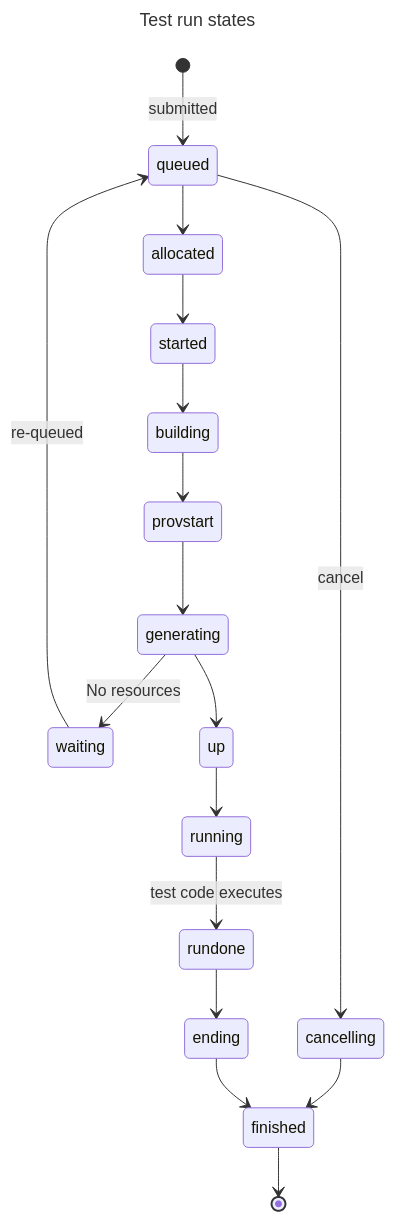
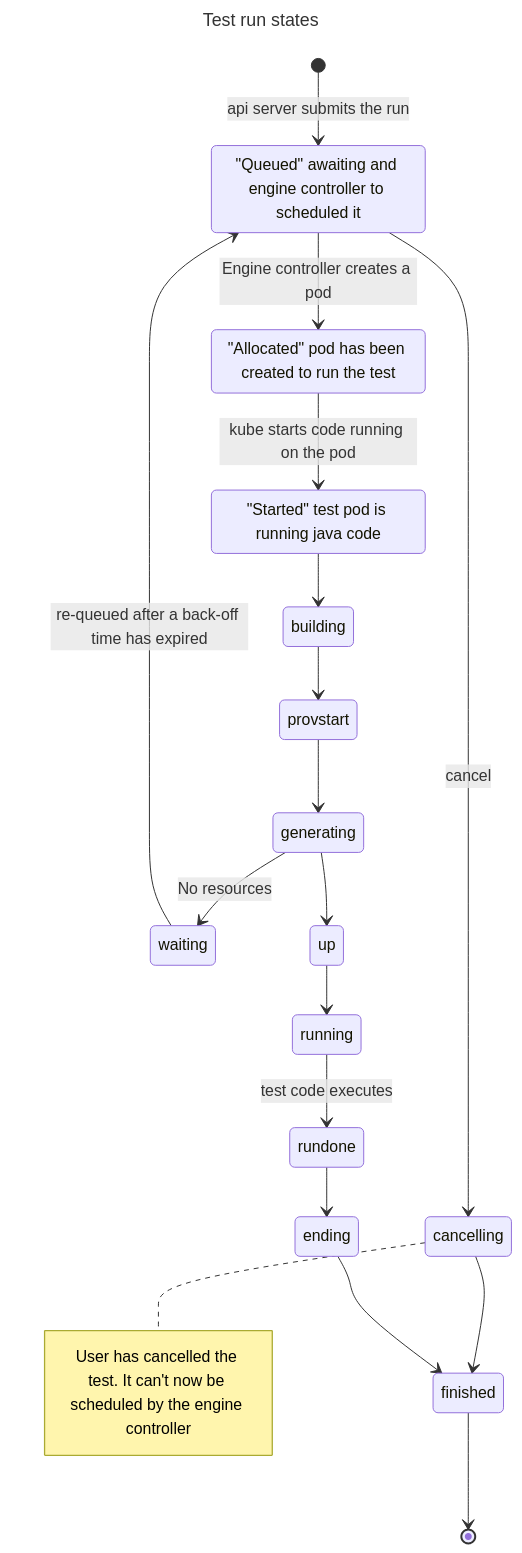
Before and after one commit to galasa-dev/galasa: the diagram in developer-docs/test-run-lifecycle.md, drawn with Mermaid. The commit also changed other lines of this file, not shown here.

Commit message:
updates to the test run lifecycle docs

````diff
--- a/developer-docs/test-run-lifecycle.md
+++ b/developer-docs/test-run-lifecycle.md
@@ -5,22 +5,26 @@
 ```mermaid
 ---
 title: Test run states
 ---
 stateDiagram-v2
-    [*] --> queued : submitted
-    waiting --> queued : re-queued
-    queued  --> allocated
-    queued --> cancelling : cancel
+    [*] --> queued :  api server submits the run
+    waiting --> queued : re-queued after a back-off time has expired
+    queued: "Queued" awaiting and engine controller to scheduled it
+    queued  --> allocated : Engine controller creates a pod
+    allocated: "Allocated" pod has been created to run the test
+    queued --> cancelling : cancel 
+    note right of cancelling: User has cancelled the test. It can't now be scheduled by the engine controller
     cancelling --> finished
-    allocated --> started
+    allocated --> started : kube starts code running on the pod
+    started: "Started" test pod is running java code
     started --> building
     building --> provstart
     provstart --> generating
     generating --> up
     generating --> waiting : No resources
     up --> running
     running --> rundone : test code executes
     rundone --> ending
     ending --> finished
     finished --> [*]
 ```
````
